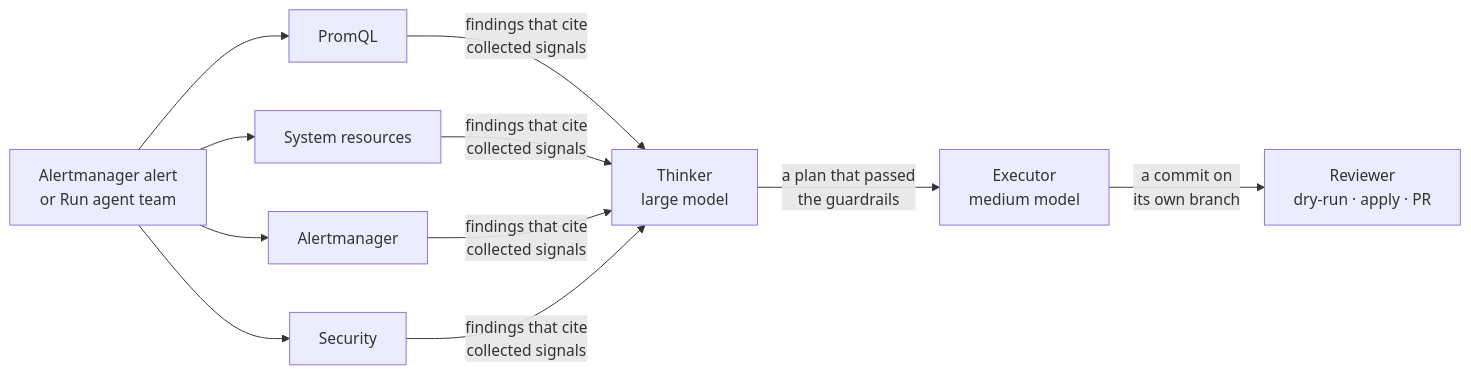
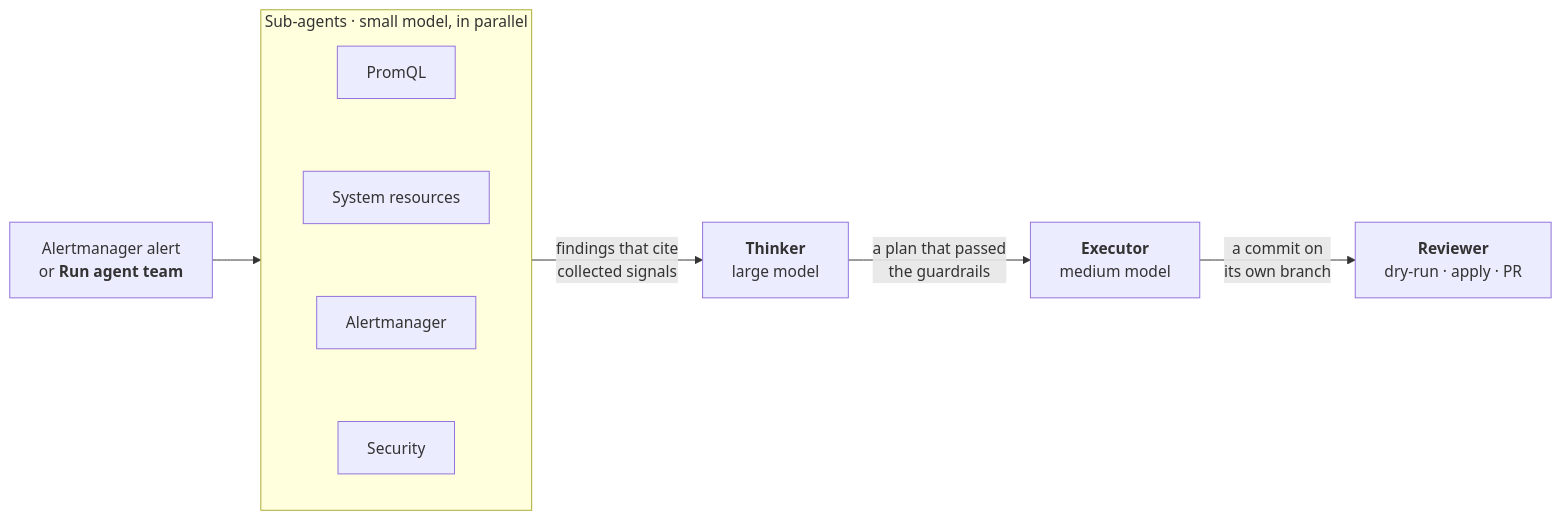
One commit to manupawickramasinghe/kubesage changed the second of 2 diagrams in README.md. Above: the diagram before and after it, drawn with Mermaid. The commit also changed other lines of this file, not shown here.

Commit message:
README: diagrams that read at the page's width

````diff
--- a/README.md
+++ b/README.md
@@ -120,7 +120,11 @@
 ```mermaid
 flowchart LR
-    A["Alertmanager alert<br/>or Run agent team"] --> P["PromQL"] & R["System resources"] & AL["Alertmanager"] & SE["Security"]
-    P & R & AL & SE -- "findings that cite<br/>collected signals" --> T["Thinker<br/>large model"]
-    T -- "a plan that passed<br/>the guardrails" --> E["Executor<br/>medium model"]
-    E -- "a commit on<br/>its own branch" --> H["Reviewer<br/>dry-run · apply · PR"]
+    A["Alertmanager alert<br/>or <b>Run agent team</b>"] --> SUB
+    subgraph SUB ["Sub-agents · small model, in parallel"]
+        direction TB
+        P["PromQL"] ~~~ R["System resources"] ~~~ AL["Alertmanager"] ~~~ SE["Security"]
+    end
+    SUB -- "findings that cite<br/>collected signals" --> T["<b>Thinker</b><br/>large model"]
+    T -- "a plan that passed<br/>the guardrails" --> E["<b>Executor</b><br/>medium model"]
+    E -- "a commit on<br/>its own branch" --> H["<b>Reviewer</b><br/>dry-run · apply · PR"]
 ```
````
